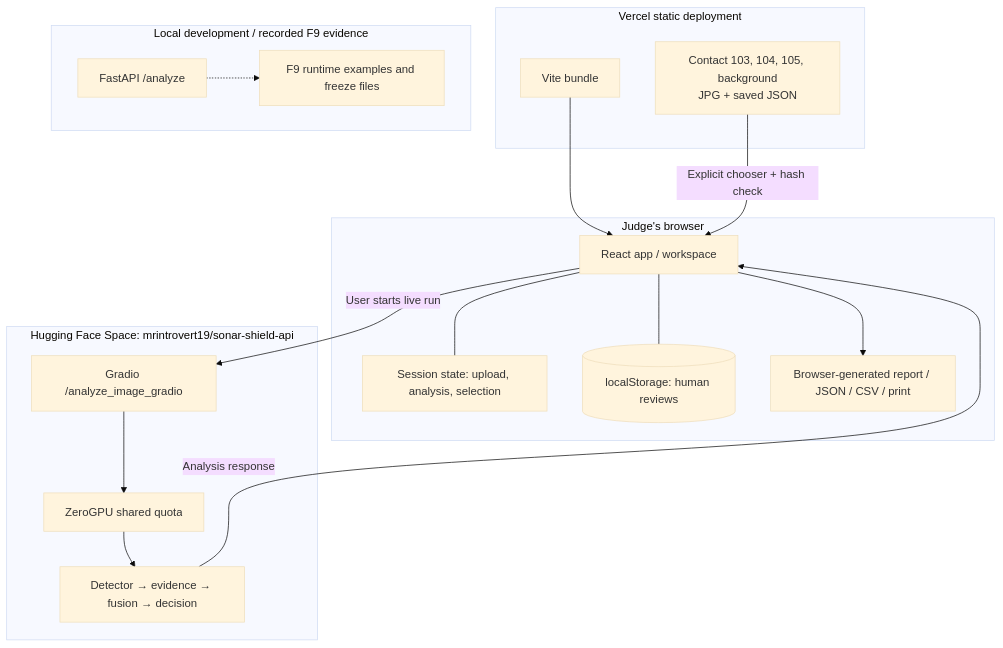
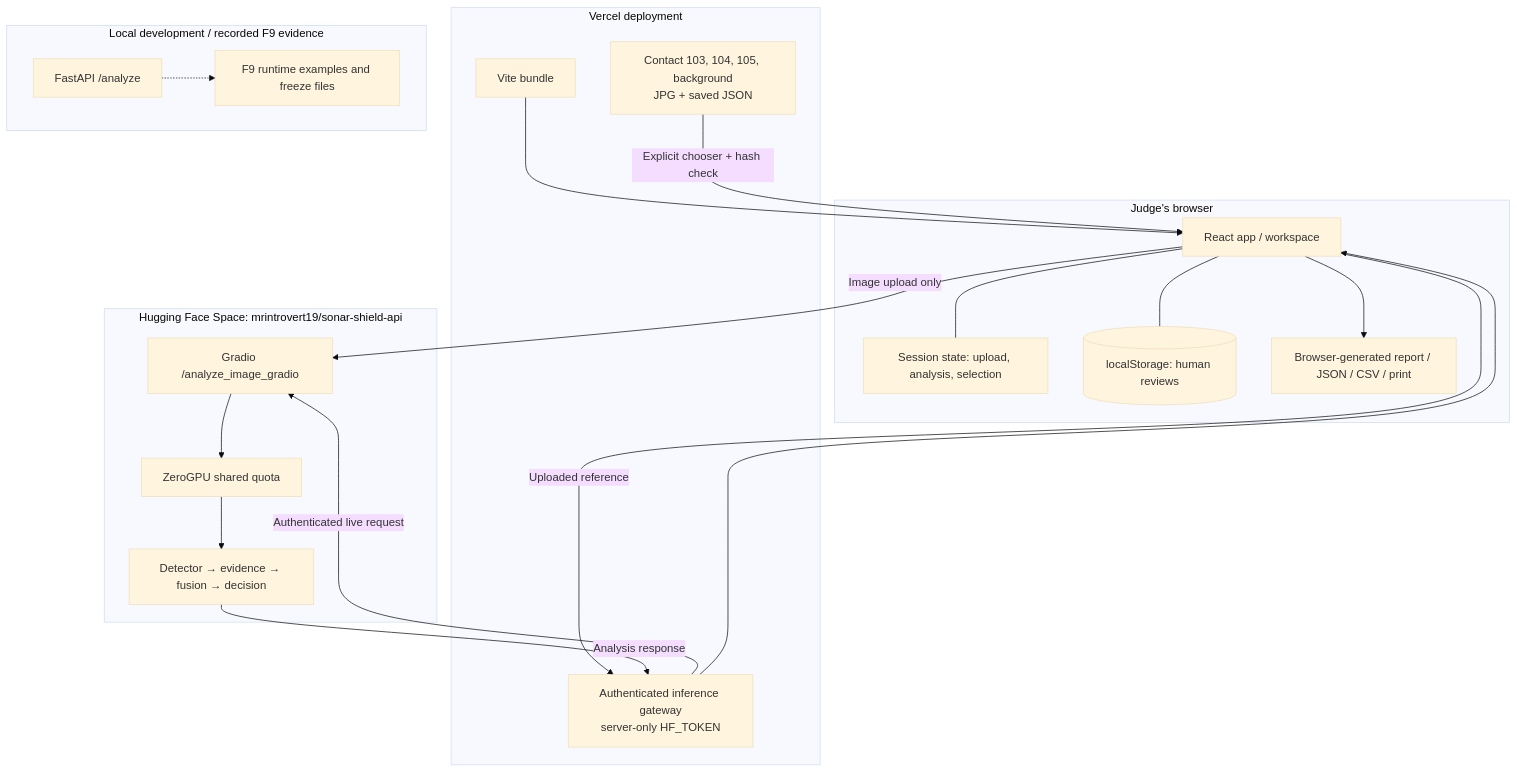
Before and after one commit to anugrahks19/SonarShield: the first of 5 diagrams in docs/ARCHITECTURE.md, drawn with Mermaid (base theme). The commit also changed other lines of this file and 22 other files, not shown here.

Commit message:
Authenticate Space inference through a secure Vercel gateway

````diff
--- a/docs/ARCHITECTURE.md
+++ b/docs/ARCHITECTURE.md
@@ -9,31 +9,35 @@
 ```mermaid
 flowchart TB
   subgraph Browser[Judge's browser]
     UI[React app / workspace]
     S[Session state: upload, analysis, selection]
     LS[(localStorage: human reviews)]
     P[Browser-generated report / JSON / CSV / print]
     UI --- S
     UI --- LS
     UI --> P
   end
-  subgraph Vercel[Vercel static deployment]
+  subgraph Vercel[Vercel deployment]
     JS[Vite bundle]
+    GW[Authenticated inference gateway<br/>server-only HF_TOKEN]
     EX[Contact 103, 104, 105, background<br/>JPG + saved JSON]
   end
   subgraph HF[Hugging Face Space: mrintrovert19/sonar-shield-api]
     GR[Gradio /analyze_image_gradio]
     GPU[ZeroGPU shared quota]
     AI[Detector → evidence → fusion → decision]
     GR --> GPU --> AI
   end
   subgraph Local[Local development / recorded F9 evidence]
     FA[FastAPI /analyze]
     FR[F9 runtime examples and freeze files]
   end
   JS --> UI
   EX -->|Explicit chooser + hash check| UI
-  UI -->|User starts live run| GR
-  AI -->|Analysis response| UI
+  UI -->|Image upload only| GR
+  UI -->|Uploaded reference| GW
+  GW -->|Authenticated live request| GR
+  AI -->|Analysis response| GW
+  GW --> UI
   FA -.-> FR
 ```
````
